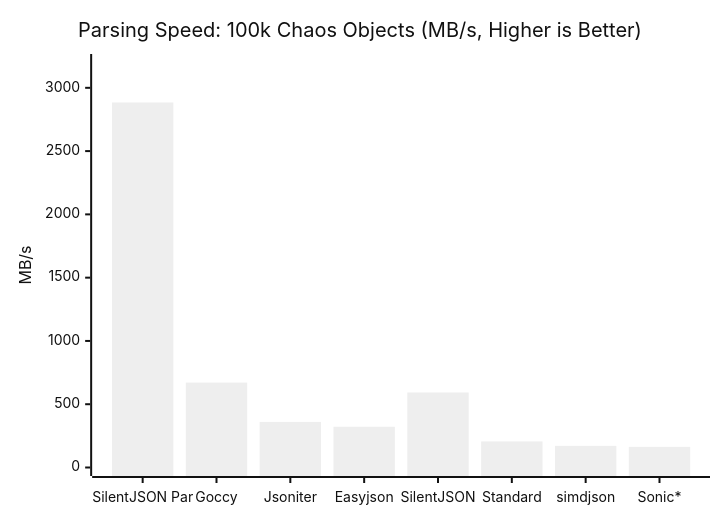
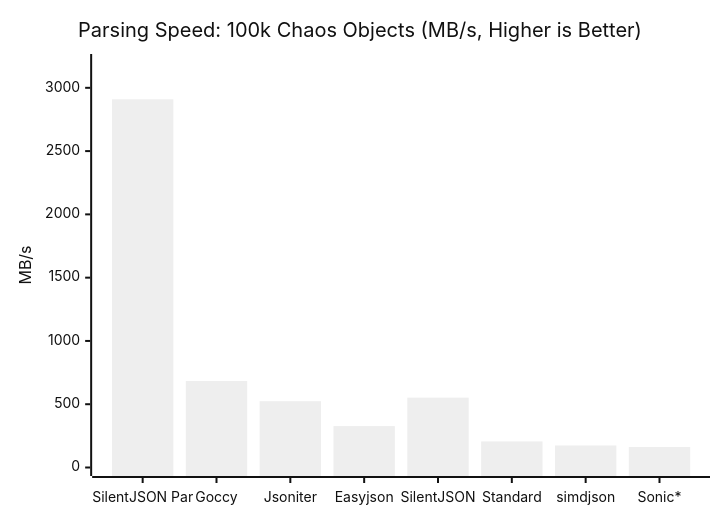
One commit to GenshIv/silentjson changed the first of 5 diagrams in README.md. Above: the diagram before and after it, drawn with Mermaid (neutral theme). The commit also changed other lines of this file and 6 other files, not shown here.

````diff
--- a/README.md
+++ b/README.md
@@ -83,7 +83,7 @@
 ```mermaid
 xychart-beta
     title "Parsing Speed: 100k Chaos Objects (MB/s, Higher is Better)"
     x-axis ["SilentJSON Par", "Goccy", "Jsoniter", "Easyjson", "SilentJSON", "Standard", "simdjson", "Sonic*"]
     y-axis "MB/s" 0 --> 3200
-    bar [2884, 671, 360, 322, 593, 206, 171, 163]
+    bar [2909, 683, 524, 327, 552, 206, 174, 162]
 ```
````
